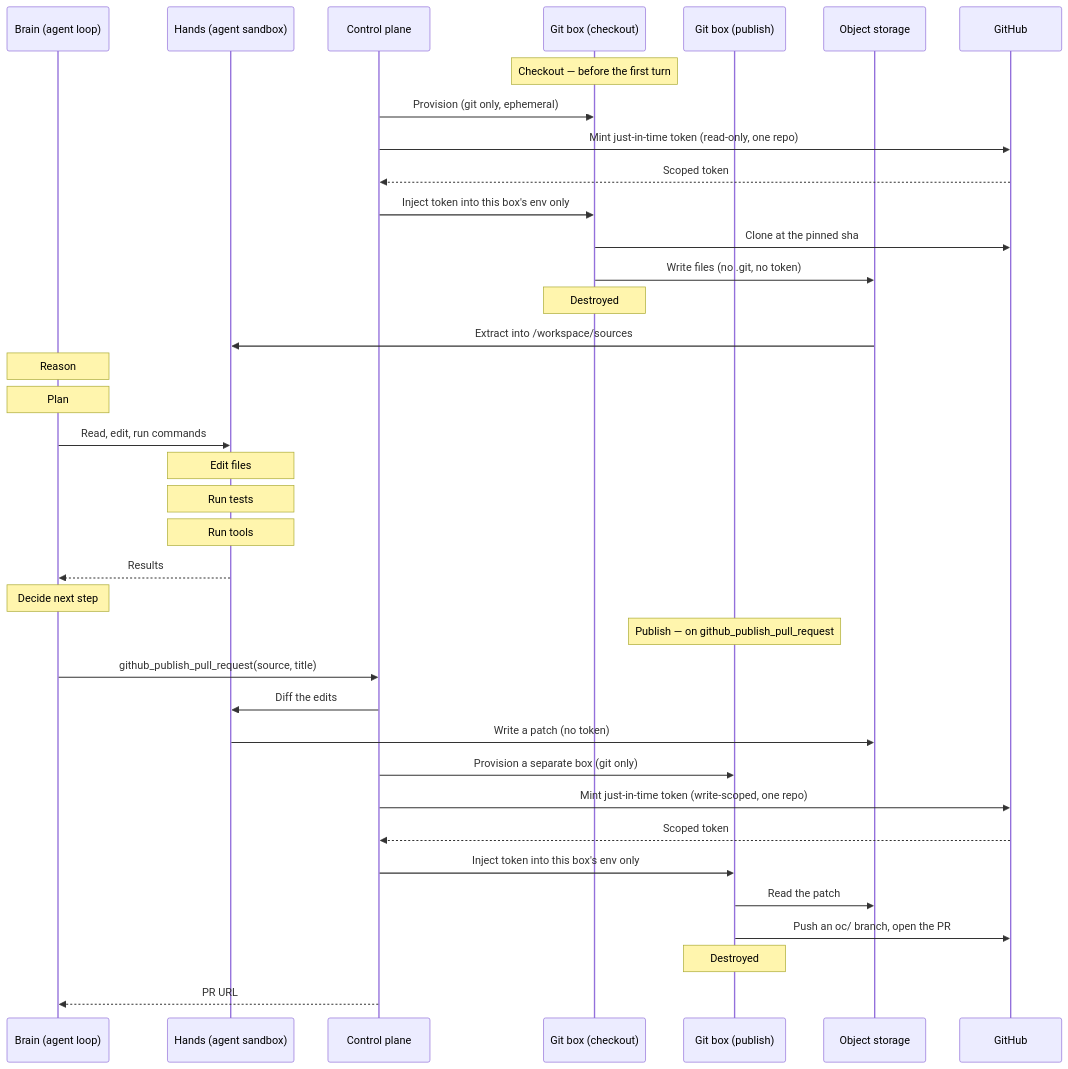
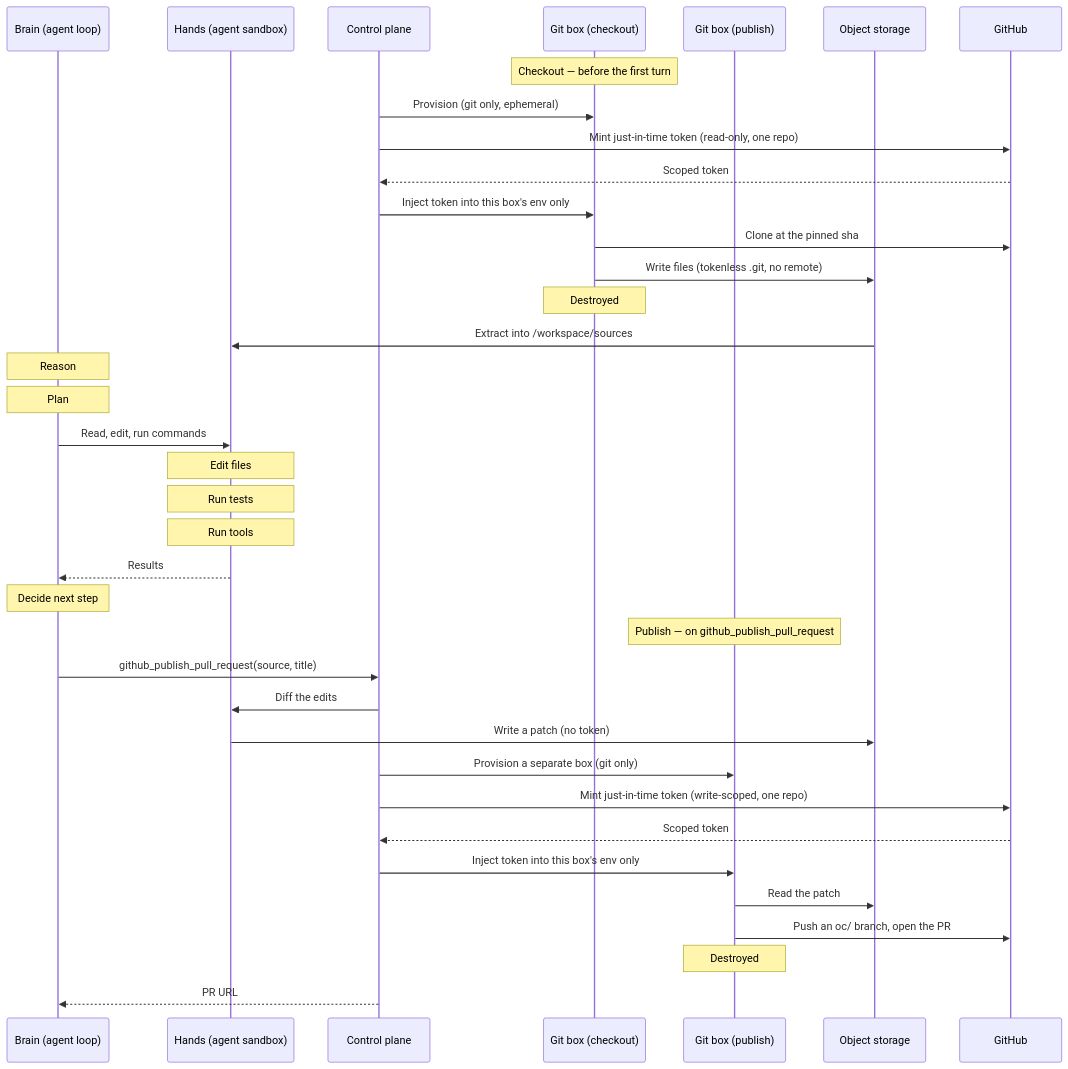
One commit to diggerhq/opencomputer changed the diagram in docs/agent-sessions/repos.mdx. Above: the diagram before and after it, drawn with Mermaid. The commit also changed other lines of this file and 1 other file, not shown here.

First line of the commit message:
docs(repos): review fixes — accurate .git + App resolution wording

````diff
--- a/docs/agent-sessions/repos.mdx
+++ b/docs/agent-sessions/repos.mdx
@@ -46,42 +47,42 @@
 ```mermaid
 sequenceDiagram
     participant Brain as Brain (agent loop)
     participant Hands as Hands (agent sandbox)
     participant CP as Control plane
     participant GitR as Git box (checkout)
     participant GitW as Git box (publish)
     participant Store as Object storage
     participant GH as GitHub
 
     Note over GitR: Checkout — before the first turn
     CP->>GitR: Provision (git only, ephemeral)
     CP->>GH: Mint just-in-time token (read-only, one repo)
     GH-->>CP: Scoped token
     CP->>GitR: Inject token into this box's env only
     GitR->>GH: Clone at the pinned sha
-    GitR->>Store: Write files (no .git, no token)
+    GitR->>Store: Write files (tokenless .git, no remote)
     Note over GitR: Destroyed
     Store->>Hands: Extract into /workspace/sources
 
     Note over Brain: Reason
     Note over Brain: Plan
     Brain->>Hands: Read, edit, run commands
     Note over Hands: Edit files
     Note over Hands: Run tests
     Note over Hands: Run tools
     Hands-->>Brain: Results
     Note over Brain: Decide next step
 
     Note over GitW: Publish — on github_publish_pull_request
     Brain->>CP: github_publish_pull_request(source, title)
     CP->>Hands: Diff the edits
     Hands->>Store: Write a patch (no token)
     CP->>GitW: Provision a separate box (git only)
     CP->>GH: Mint just-in-time token (write-scoped, one repo)
     GH-->>CP: Scoped token
     CP->>GitW: Inject token into this box's env only
     GitW->>Store: Read the patch
     GitW->>GH: Push an oc/ branch, open the PR
     Note over GitW: Destroyed
     CP-->>Brain: PR URL
 ```
````
